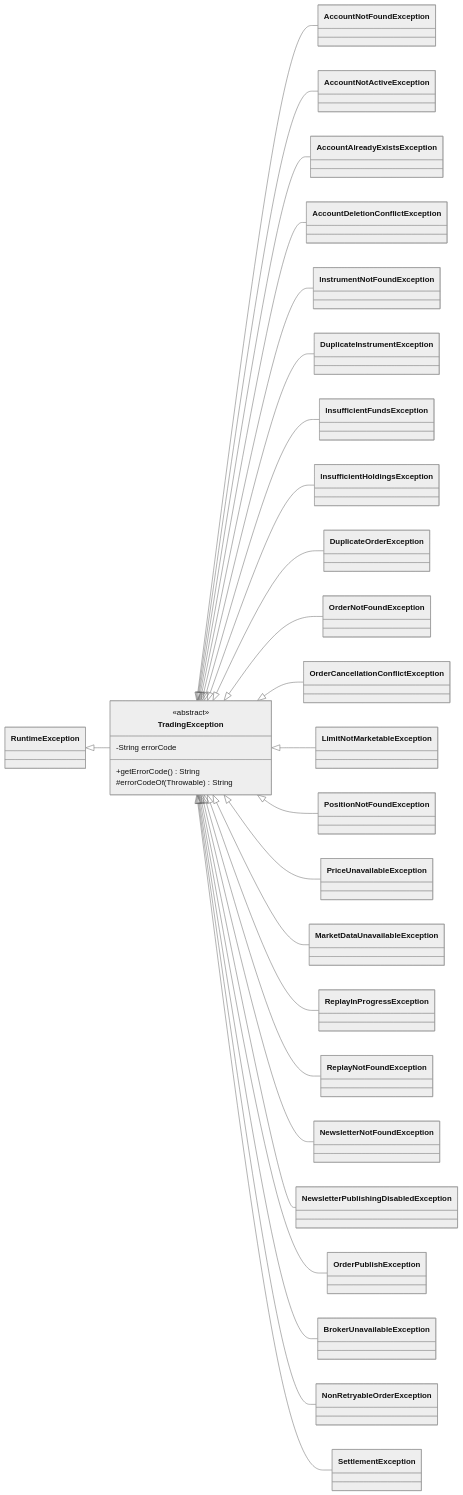
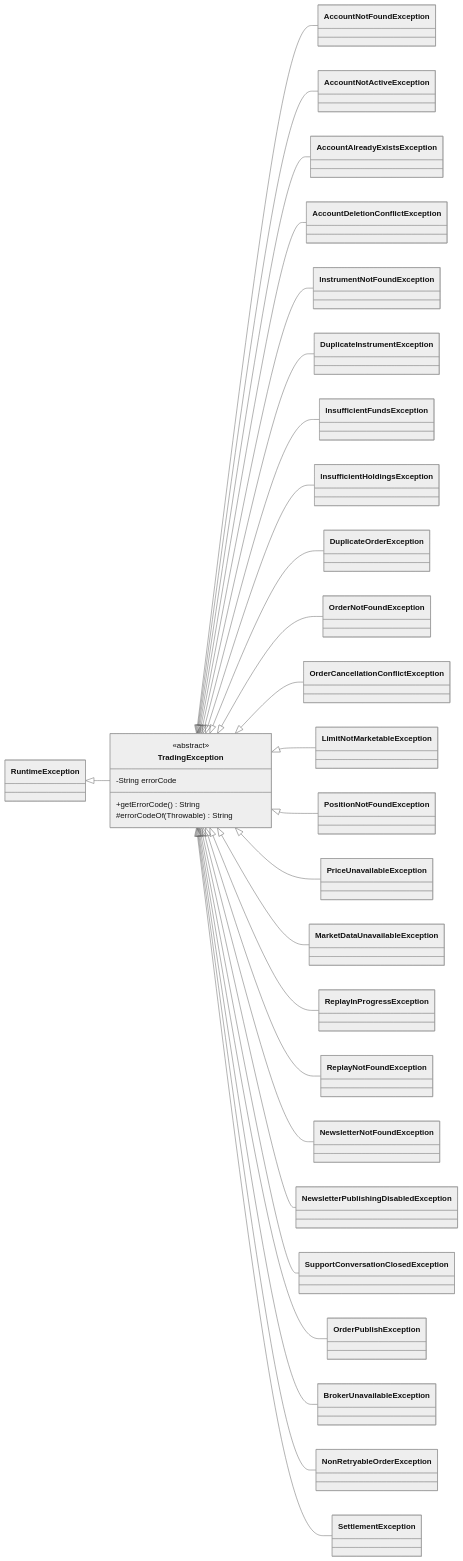
One commit to NathanCarr10/TNS-Capital changed the third of 3 diagrams in docs/diagrams/CLASS-DIAGRAM.md. Above: the diagram before and after it, drawn with Mermaid (neutral theme). The commit also changed other lines of this file and 10 other files, not shown here.

First line of the commit message:
fix(support): end chat streams with the token and refuse closed conversations

````diff
--- a/docs/diagrams/CLASS-DIAGRAM.md
+++ b/docs/diagrams/CLASS-DIAGRAM.md
@@ -231,35 +231,36 @@
 ```mermaid
 classDiagram
     direction LR
     class RuntimeException
     class TradingException {
         <<abstract>>
         -String errorCode
         +getErrorCode() String
         #errorCodeOf(Throwable) String
     }
     RuntimeException <|-- TradingException
     TradingException <|-- AccountNotFoundException
     TradingException <|-- AccountNotActiveException
     TradingException <|-- AccountAlreadyExistsException
     TradingException <|-- AccountDeletionConflictException
     TradingException <|-- InstrumentNotFoundException
     TradingException <|-- DuplicateInstrumentException
     TradingException <|-- InsufficientFundsException
     TradingException <|-- InsufficientHoldingsException
     TradingException <|-- DuplicateOrderException
     TradingException <|-- OrderNotFoundException
     TradingException <|-- OrderCancellationConflictException
     TradingException <|-- LimitNotMarketableException
     TradingException <|-- PositionNotFoundException
     TradingException <|-- PriceUnavailableException
     TradingException <|-- MarketDataUnavailableException
     TradingException <|-- ReplayInProgressException
     TradingException <|-- ReplayNotFoundException
     TradingException <|-- NewsletterNotFoundException
     TradingException <|-- NewsletterPublishingDisabledException
+    TradingException <|-- SupportConversationClosedException
     TradingException <|-- OrderPublishException
     TradingException <|-- BrokerUnavailableException
     TradingException <|-- NonRetryableOrderException
     TradingException <|-- SettlementException
 ```
````
